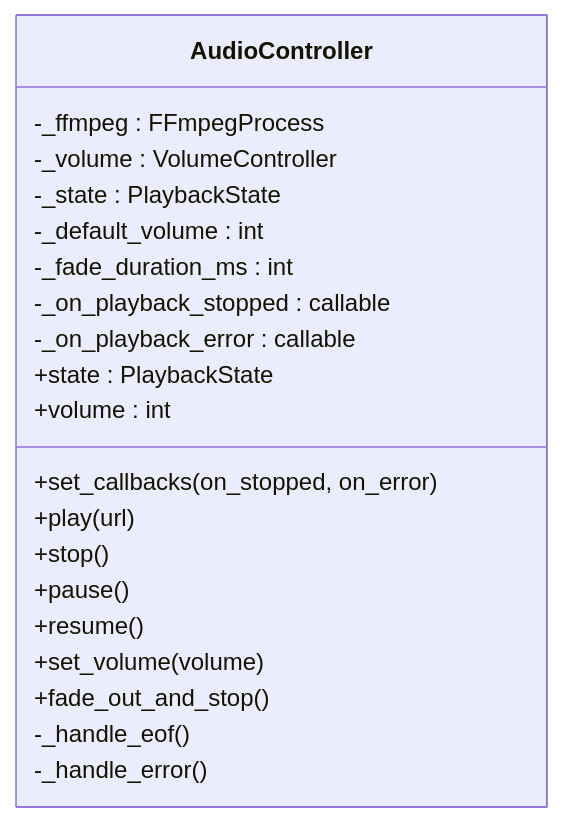
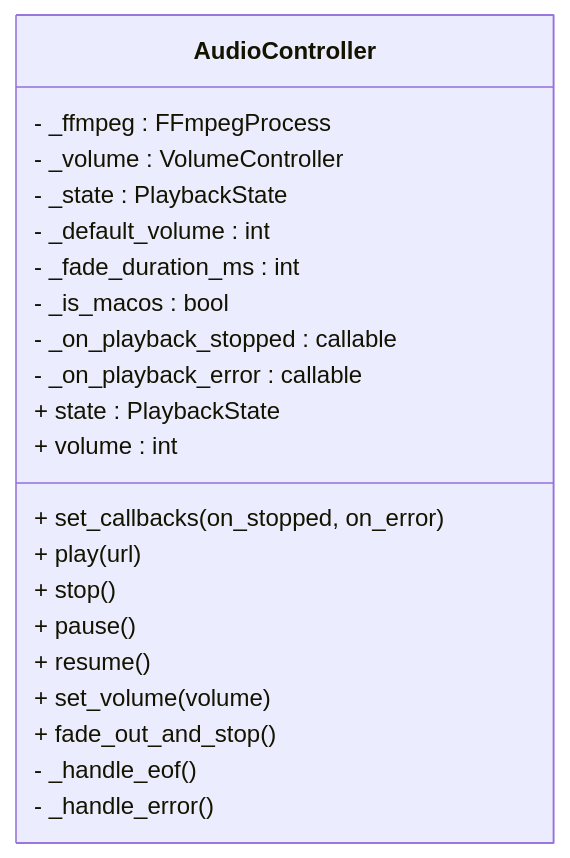
Before and after one commit to GhoulOwl/Teamspeak3_Bot: the fourth of 7 diagrams in .qoder/repowiki/zh/content/音乐播放系统/FFmpeg集成.md, drawn with Mermaid. The commit also changed other lines of this file and 7 other files, not shown here.

````diff
--- a/.qoder/repowiki/zh/content/音乐播放系统/FFmpeg集成.md
+++ b/.qoder/repowiki/zh/content/音乐播放系统/FFmpeg集成.md
@@ -211,23 +195,24 @@
 ```mermaid
 classDiagram
 class AudioController {
--_ffmpeg : FFmpegProcess
--_volume : VolumeController
--_state : PlaybackState
--_default_volume : int
--_fade_duration_ms : int
--_on_playback_stopped : callable
--_on_playback_error : callable
-+state : PlaybackState
-+volume : int
-+set_callbacks(on_stopped, on_error)
-+play(url)
-+stop()
-+pause()
-+resume()
-+set_volume(volume)
-+fade_out_and_stop()
--_handle_eof()
--_handle_error()
+- _ffmpeg : FFmpegProcess
+- _volume : VolumeController
+- _state : PlaybackState
+- _default_volume : int
+- _fade_duration_ms : int
+- _is_macos : bool
+- _on_playback_stopped : callable
+- _on_playback_error : callable
++ state : PlaybackState
++ volume : int
++ set_callbacks(on_stopped, on_error)
++ play(url)
++ stop()
++ pause()
++ resume()
++ set_volume(volume)
++ fade_out_and_stop()
+- _handle_eof()
+- _handle_error()
 }
 ```
````
